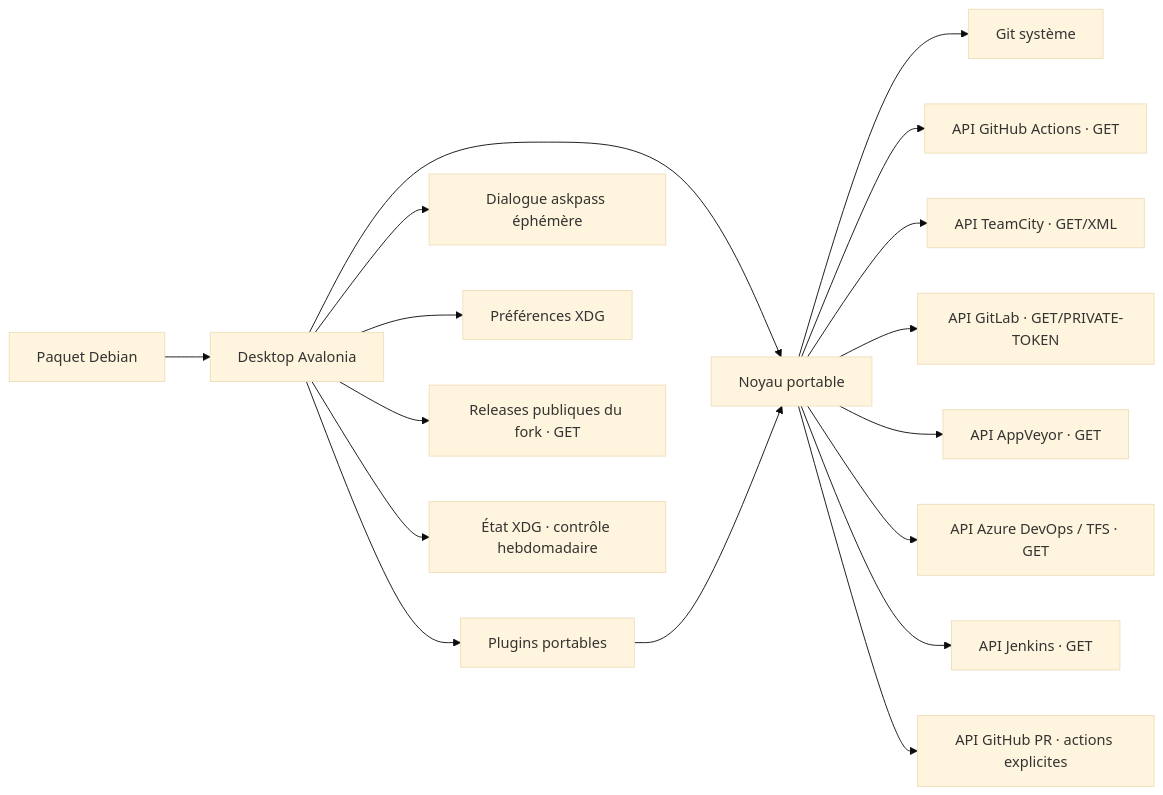
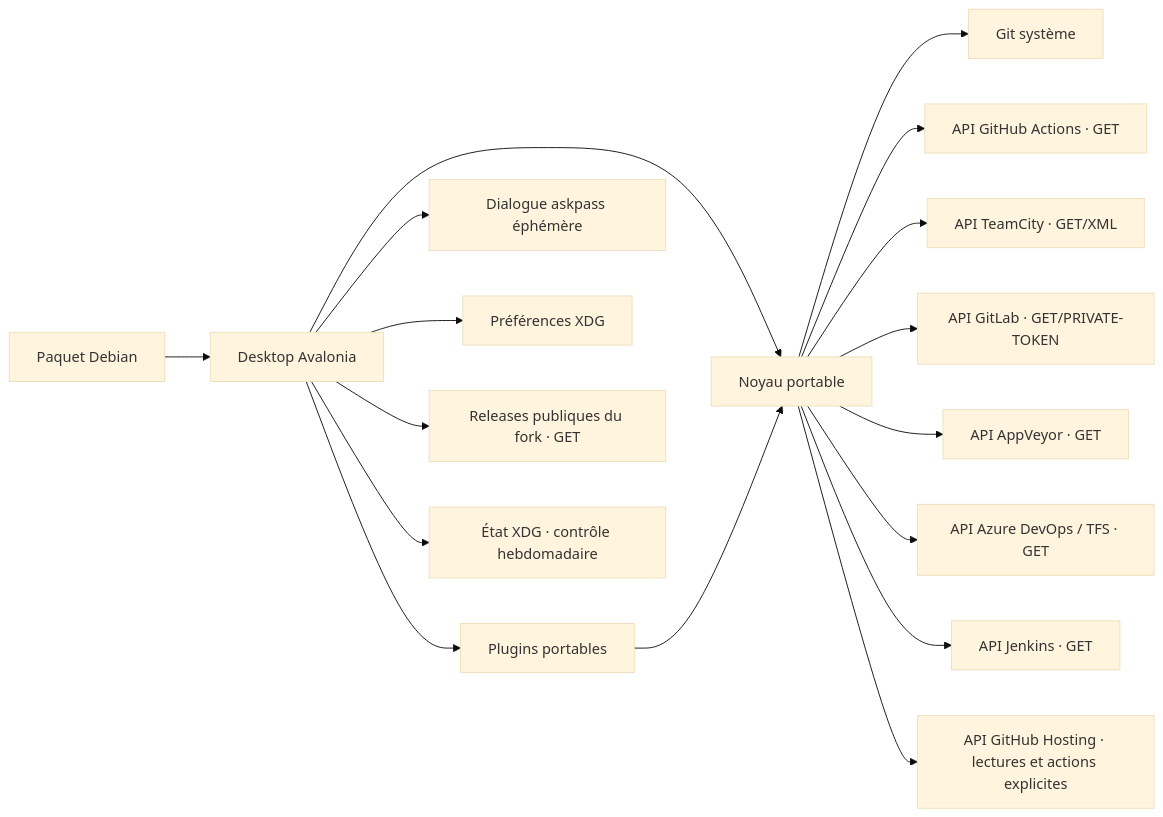
One commit to Azreal42/gitextensions changed the second of 2 diagrams in .agents/docs/c4.md. Above: the diagram before and after it, drawn with Mermaid (base theme). The commit also changed other lines of this file and 10 other files, not shown here.

Commit message:
docs(linux): record Proxy and GitHub helper coverage and package

````diff
--- a/.agents/docs/c4.md
+++ b/.agents/docs/c4.md
@@ -19,19 +19,19 @@
 ```mermaid
 flowchart LR
   UI[Desktop Avalonia] --> CORE[Noyau portable]
   CORE --> CLI[Git système]
   CORE --> ACTIONS[API GitHub Actions · GET]
   CORE --> TEAMCITY[API TeamCity · GET/XML]
   CORE --> GITLAB[API GitLab · GET/PRIVATE-TOKEN]
   CORE --> APPVEYOR[API AppVeyor · GET]
   CORE --> AZURE[API Azure DevOps / TFS · GET]
   CORE --> JENKINS[API Jenkins · GET]
-  CORE --> HOSTING[API GitHub PR · actions explicites]
+  CORE --> HOSTING[API GitHub Hosting · lectures et actions explicites]
   UI --> PLUGINS[Plugins portables]
   PLUGINS --> CORE
   UI --> AUTH[Dialogue askpass éphémère]
   UI --> XDG[Préférences XDG]
   UI --> UPDATES[Releases publiques du fork · GET]
   UI --> STATE[État XDG · contrôle hebdomadaire]
   DEB[Paquet Debian] --> UI
 ```
````
